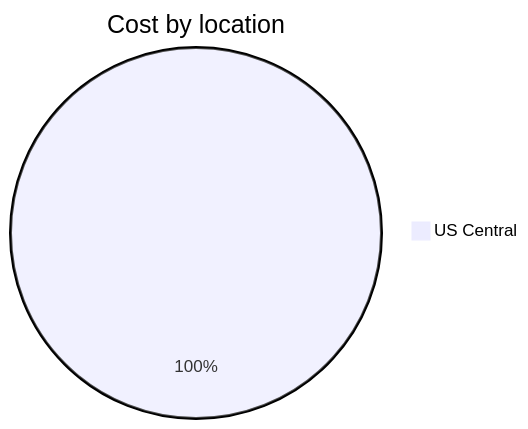
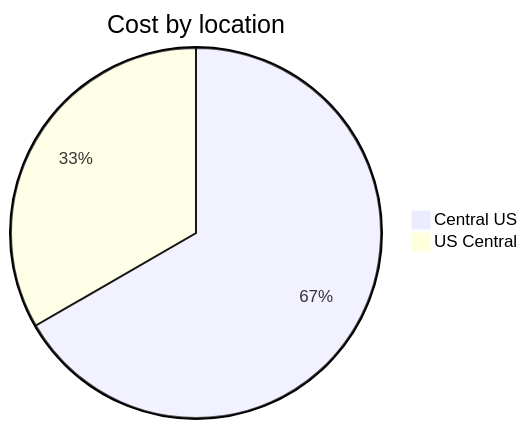
Before and after one commit to jpfulton/azure-personal-reports: the third of 4 diagrams in cost-reports/personal-site/personalsiteapipreview.md, drawn with Mermaid. The commit also changed other lines of this file and 7 other files, not shown here.

````diff
--- a/cost-reports/personal-site/personalsiteapipreview.md
+++ b/cost-reports/personal-site/personalsiteapipreview.md
@@ -107,5 +108,6 @@
 ```mermaid
 pie
    title Cost by location
-   "US Central" : 0.02
+   "Central US" : 0.02
+   "US Central" : 0.01
 ```
````
